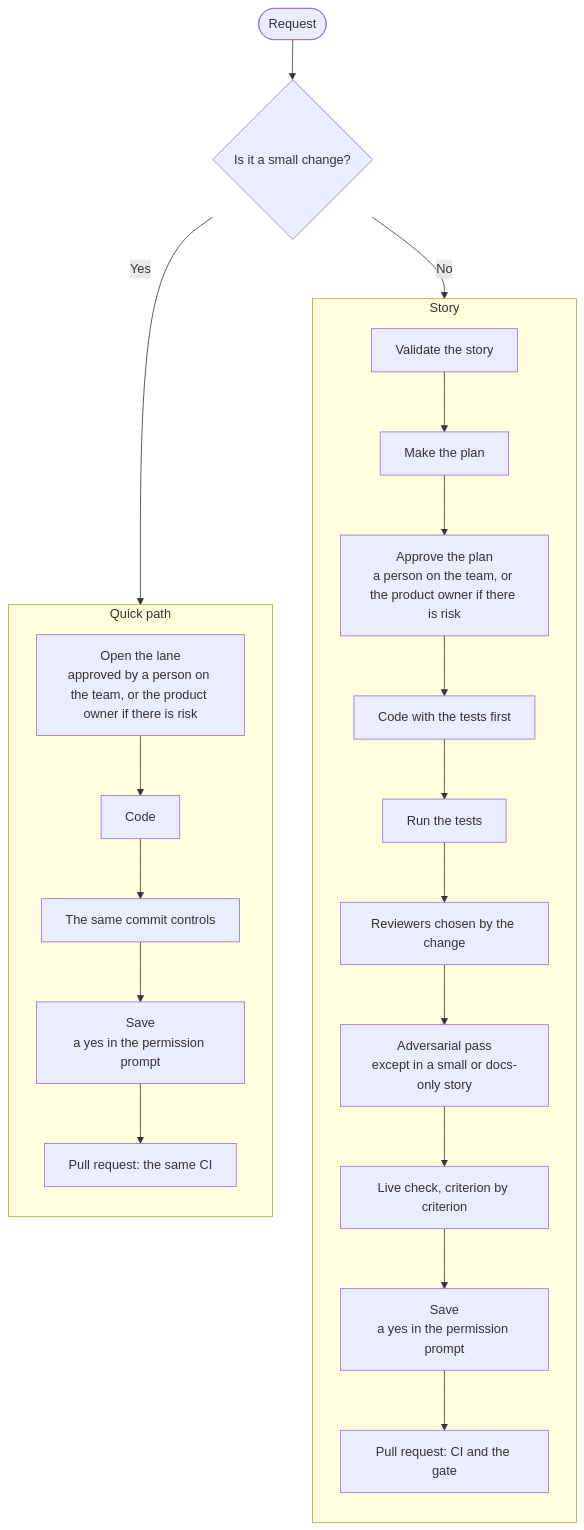
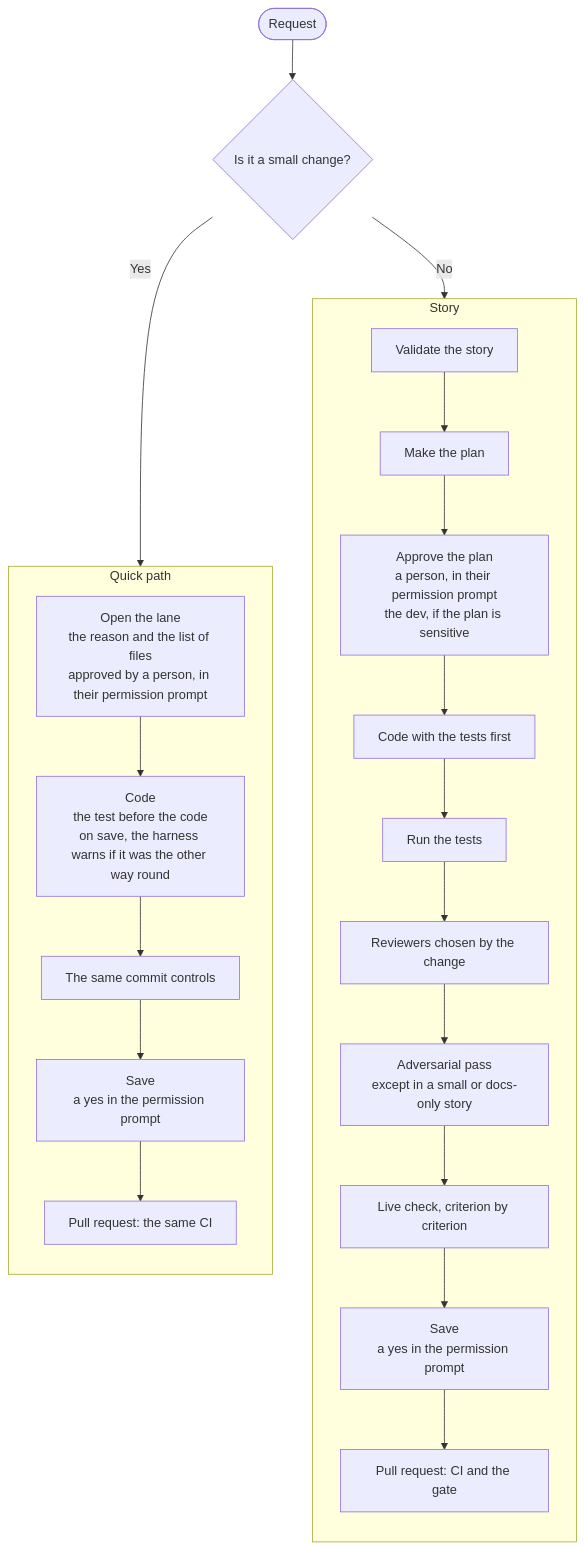
One commit to TYCON-SA/tycon-harness changed the diagram in README.md. Above: the diagram before and after it, drawn with Mermaid. The commit also changed other lines of this file and 2 other files, not shown here.

````diff
--- a/README.md
+++ b/README.md
@@ -51,25 +53,25 @@
 ```mermaid
 flowchart TB
   request(["Request"]) --> size{"Is it a small change?"}
   size -- "No" --> h1
   size -- "Yes" --> r1
   subgraph story ["Story"]
     direction TB
     h1["Validate the story"] --> h2["Make the plan"]
-    h2 --> h3["Approve the plan<br/>a person on the team, or the product owner if there is risk"]
+    h2 --> h3["Approve the plan<br/>a person, in their permission prompt<br/>the dev, if the plan is sensitive"]
     h3 --> h4["Code with the tests first"]
     h4 --> h5["Run the tests"]
     h5 --> h6["Reviewers chosen by the change"]
     h6 --> h7["Adversarial pass<br/>except in a small or docs-only story"]
     h7 --> h8["Live check, criterion by criterion"]
     h8 --> h9["Save<br/>a yes in the permission prompt"]
     h9 --> h10["Pull request: CI and the gate"]
   end
   subgraph quick ["Quick path"]
     direction TB
-    r1["Open the lane<br/>approved by a person on the team, or the product owner if there is risk"] --> r2["Code"]
+    r1["Open the lane<br/>the reason and the list of files<br/>approved by a person, in their permission prompt"] --> r2["Code<br/>the test before the code<br/>on save, the harness warns if it was the other way round"]
     r2 --> r3["The same commit controls"]
     r3 --> r4["Save<br/>a yes in the permission prompt"]
     r4 --> r5["Pull request: the same CI"]
   end
 ```
````
